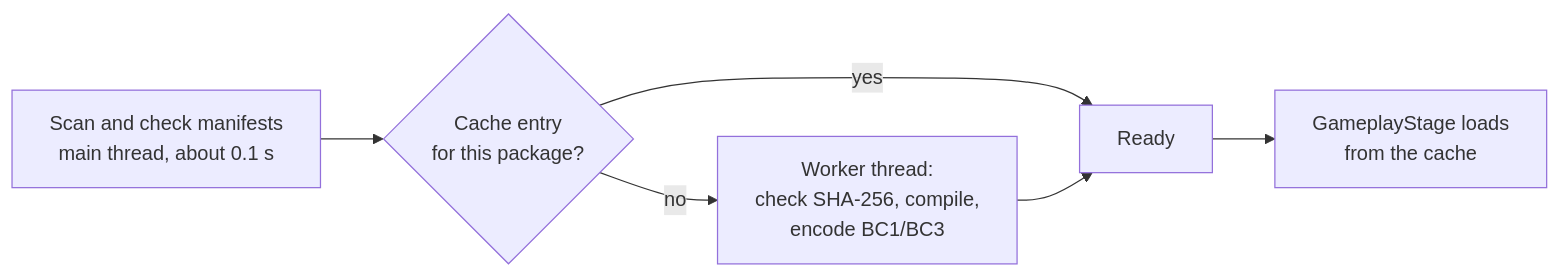
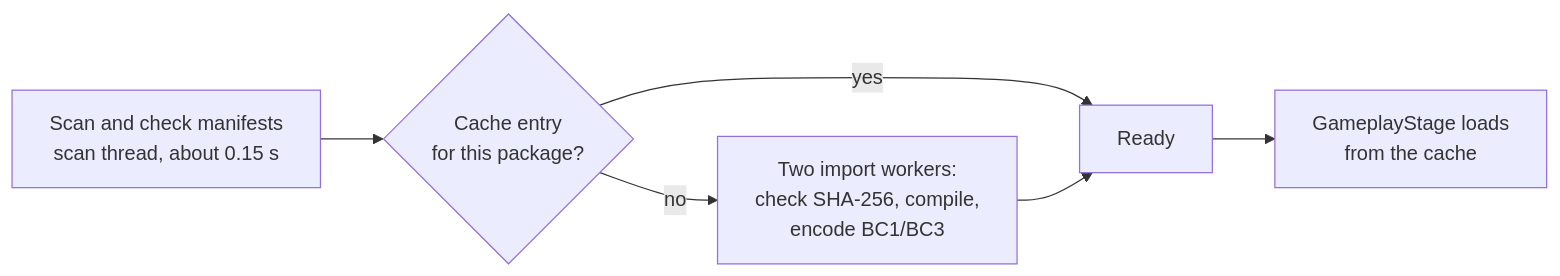
Before and after one commit to heditwo/gh3-clonehero-skin: the fourth of 5 diagrams in docs/PACKAGE-FORMAT.md, drawn with Mermaid. The commit also changed other lines of this file and 4 other files, not shown here.

Commit message:
Docs: load times in STATUS, how to measure them in VERIFICATION, the manifest cache key and the import workers in PACKAGE-FORMAT 14 and 20, background threads in ARCHITECTURE, the first import time in PLAYER-GUIDE

````diff
--- a/docs/PACKAGE-FORMAT.md
+++ b/docs/PACKAGE-FORMAT.md
@@ -878,8 +878,8 @@
 ```mermaid
 flowchart LR
-    Scan[Scan and check manifests<br/>main thread, about 0.1 s] --> Hit{Cache entry<br/>for this package?}
+    Scan[Scan and check manifests<br/>scan thread, about 0.15 s] --> Hit{Cache entry<br/>for this package?}
     Hit -- yes --> Ready[Ready]
-    Hit -- no --> Worker[Worker thread:<br/>check SHA-256, compile,<br/>encode BC1/BC3]
+    Hit -- no --> Worker[Two import workers:<br/>check SHA-256, compile,<br/>encode BC1/BC3]
     Worker --> Ready
     Ready --> Stage[GameplayStage loads<br/>from the cache]
 ```
````
